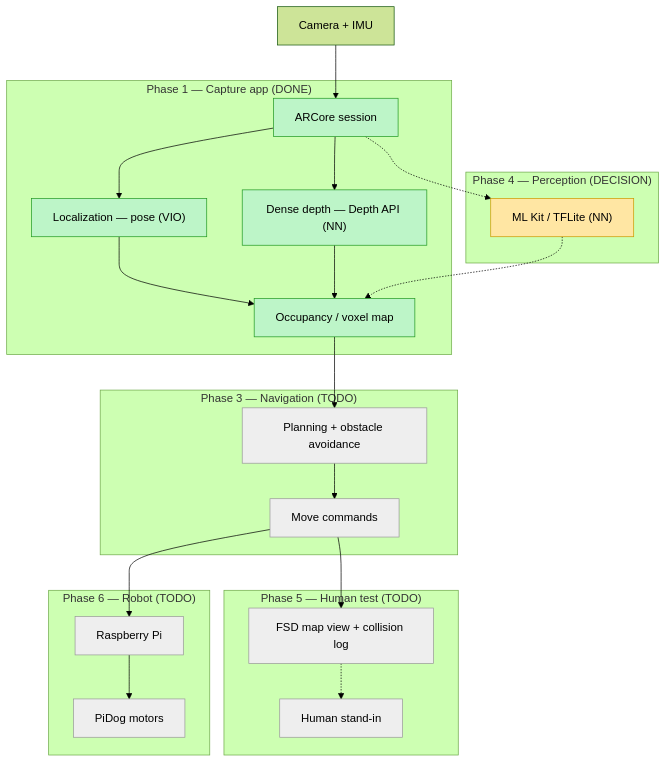
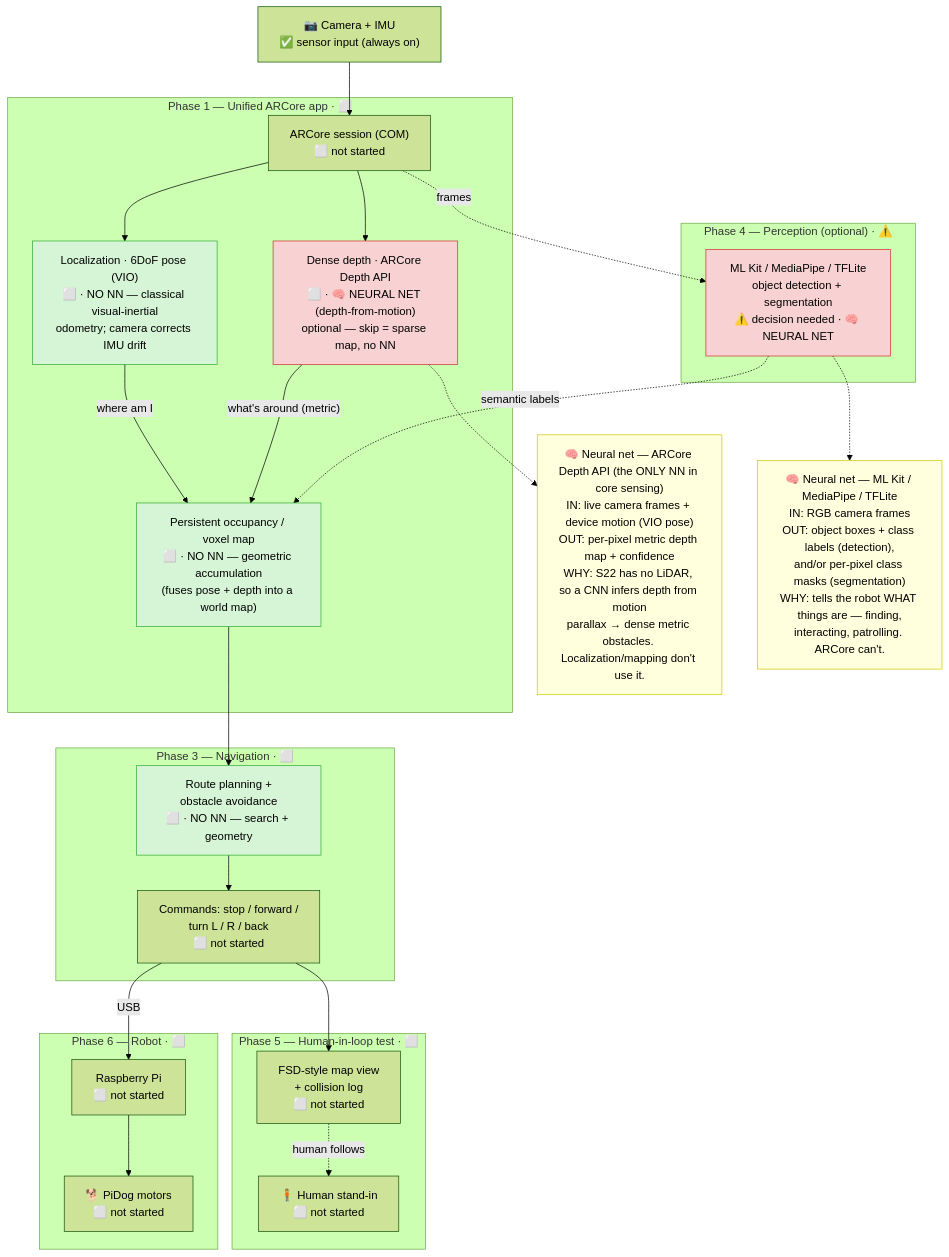
One commit to alexbhandari/pidog-public changed the first of 2 diagrams in PROJECT_PLAN.md. Above: the diagram before and after it, drawn with Mermaid (forest theme). The commit also changed other lines of this file and 1 other file, not shown here.

Commit message:
sync plan + phase docs (2026-06-20)

````diff
--- a/PROJECT_PLAN.md
+++ b/PROJECT_PLAN.md
@@ -17,51 +17,56 @@
 ```mermaid
 flowchart TD
-    CAM["Camera + IMU"]
+    CAM["📷 Camera + IMU<br/>✅ sensor input (always on)"]
 
-    subgraph P1["Phase 1 — Capture app (DONE)"]
-        ARCORE["ARCore session"]
-        POSE["Localization — pose (VIO)"]
-        DEPTH["Dense depth — Depth API (NN)"]
-        MAP["Occupancy / voxel map"]
+    subgraph P1["Phase 1 — Unified ARCore app · ⬜"]
+        ARCORE["ARCore session (COM)<br/>⬜ not started"]
+        POSE["Localization · 6DoF pose (VIO)<br/>⬜ · NO NN — classical visual-inertial<br/>odometry; camera corrects IMU drift"]
+        DEPTH["Dense depth · ARCore Depth API<br/>⬜ · 🧠 NEURAL NET (depth-from-motion)<br/>optional — skip = sparse map, no NN"]
+        MAP["Persistent occupancy / voxel map<br/>⬜ · NO NN — geometric accumulation<br/>(fuses pose + depth into a world map)"]
     end
 
-    subgraph P4["Phase 4 — Perception (DECISION)"]
-        ML["ML Kit / TFLite (NN)"]
+    subgraph P4["Phase 4 — Perception (optional) · ⚠️"]
+        ML["ML Kit / MediaPipe / TFLite<br/>object detection + segmentation<br/>⚠️ decision needed · 🧠 NEURAL NET"]
     end
 
-    subgraph P3["Phase 3 — Navigation (TODO)"]
-        PLAN["Planning + obstacle avoidance"]
-        CMD["Move commands"]
+    subgraph P3["Phase 3 — Navigation · ⬜"]
+        PLAN["Route planning +<br/>obstacle avoidance<br/>⬜ · NO NN — search + geometry"]
+        CMD["Commands: stop / forward /<br/>turn L / R / back<br/>⬜ not started"]
     end
 
-    subgraph P5["Phase 5 — Human test (TODO)"]
-        VIEW["FSD map view + collision log"]
-        HUMAN["Human stand-in"]
+    subgraph P5["Phase 5 — Human-in-loop test · ⬜"]
+        VIEW["FSD-style map view<br/>+ collision log<br/>⬜ not started"]
+        HUMAN["🧍 Human stand-in<br/>⬜ not started"]
     end
 
-    subgraph P6["Phase 6 — Robot (TODO)"]
-        PI["Raspberry Pi"]
-        DOG["PiDog motors"]
+    subgraph P6["Phase 6 — Robot · ⬜"]
+        PI["Raspberry Pi<br/>⬜ not started"]
+        DOG["🐕 PiDog motors<br/>⬜ not started"]
     end
 
     CAM --> ARCORE
     ARCORE --> POSE
     ARCORE --> DEPTH
-    POSE --> MAP
-    DEPTH --> MAP
-    ARCORE -.-> ML
-    ML -.-> MAP
+    POSE -->|"where am I"| MAP
+    DEPTH -->|"what's around (metric)"| MAP
+    ARCORE -.->|"frames"| ML
+    ML -.->|"semantic labels"| MAP
     MAP --> PLAN
     PLAN --> CMD
     CMD --> VIEW
-    VIEW -.-> HUMAN
-    CMD --> PI
+    VIEW -.->|"human follows"| HUMAN
+    CMD -->|"USB"| PI
     PI --> DOG
 
-    classDef done fill:#bdf5c8,stroke:#229922,color:#000;
-    classDef todo fill:#eeeeee,stroke:#999999,color:#000;
-    classDef decision fill:#ffe6a3,stroke:#cc9900,color:#000;
-    class ARCORE,POSE,DEPTH,MAP done;
-    class ML decision;
-    class PLAN,CMD,VIEW,HUMAN,PI,DOG todo;
+    NN1["🧠 Neural net — ARCore Depth API (the ONLY NN in core sensing)<br/>IN: live camera frames + device motion (VIO pose)<br/>OUT: per-pixel metric depth map + confidence<br/>WHY: S22 has no LiDAR, so a CNN infers depth from motion<br/>parallax → dense metric obstacles. Localization/mapping don't use it."]
+    NN2["🧠 Neural net — ML Kit / MediaPipe / TFLite<br/>IN: RGB camera frames<br/>OUT: object boxes + class labels (detection),<br/>and/or per-pixel class masks (segmentation)<br/>WHY: tells the robot WHAT things are — finding,<br/>interacting, patrolling. ARCore can't."]
+    DEPTH -.-> NN1
+    ML -.-> NN2
+
+    classDef note fill:#ffd,stroke:#cc0,color:#000;
+    classDef nonn fill:#d6f5d6,stroke:#3a3,color:#000;
+    classDef nn fill:#f8d2d2,stroke:#c33,color:#000;
+    class NN1,NN2 note;
+    class POSE,MAP,PLAN nonn;
+    class DEPTH,ML nn;
 ```
````
